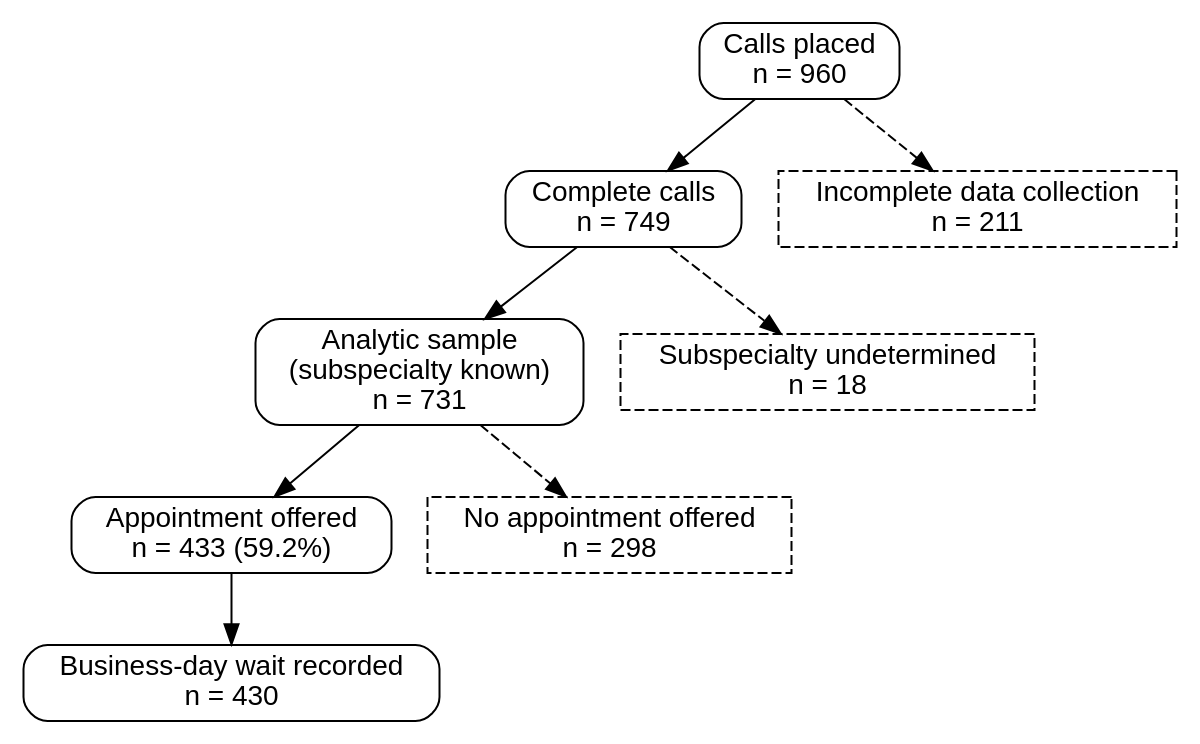
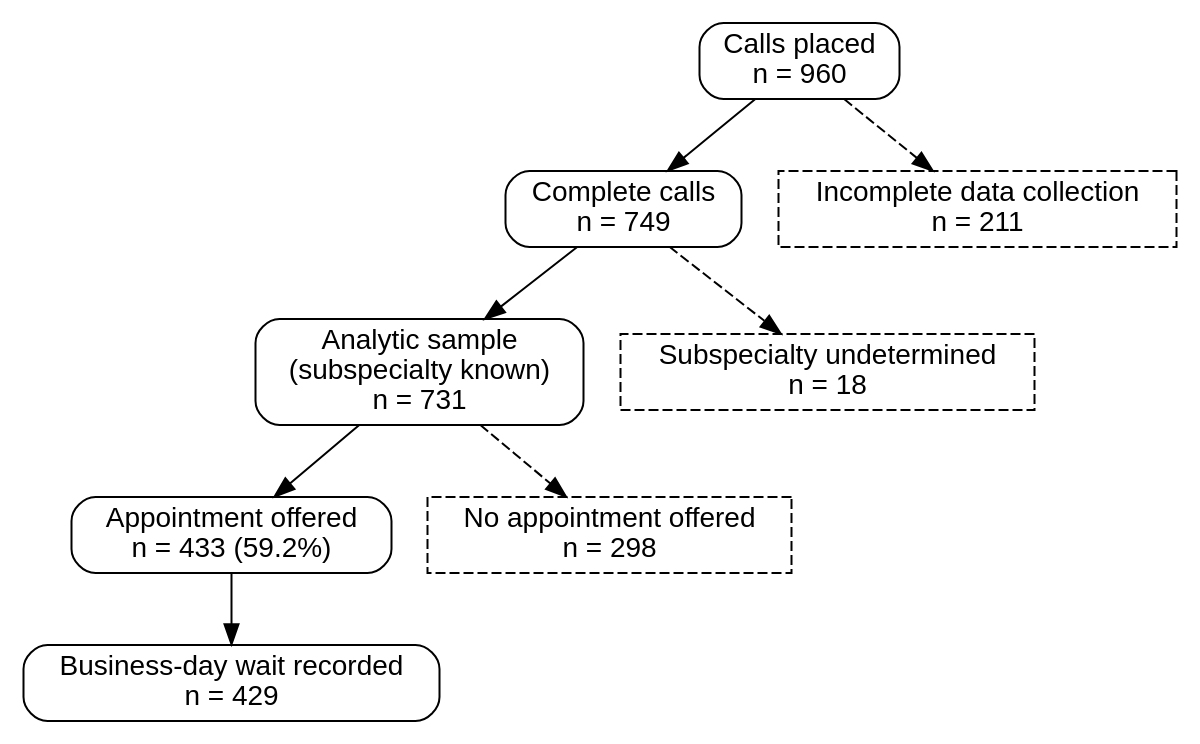
One commit to mufflyt/grace-ent changed the diagram in model_output/strobe_flow.dot. Above: the diagram before and after it, drawn with Graphviz. The commit also changed 2 other files, not shown here.

Commit message:
Regenerate subspecialty table, wait-by-subspecialty, STROBE dot (record-470 fix)

```diff
--- a/model_output/strobe_flow.dot
+++ b/model_output/strobe_flow.dot
@@ -1,13 +1,13 @@
 digraph strobe {
   rankdir=TB; node [shape=box, style=rounded, fontname="Helvetica"];
   a [label="Calls placed\nn = 960"];
   b [label="Complete calls\nn = 749"];
   c [label="Analytic sample\n(subspecialty known)\nn = 731"];
   e [label="Appointment offered\nn = 433 (59.2%)"];
-  f [label="Business-day wait recorded\nn = 430"];
+  f [label="Business-day wait recorded\nn = 429"];
   xa [shape=box, style=dashed, label="Incomplete data collection\nn = 211"];
   xb [shape=box, style=dashed, label="Subspecialty undetermined\nn = 18"];
   xe [shape=box, style=dashed, label="No appointment offered\nn = 298"];
   a -> b; b -> c; c -> e; e -> f;
   a -> xa [style=dashed]; b -> xb [style=dashed]; c -> xe [style=dashed];
 }
```
